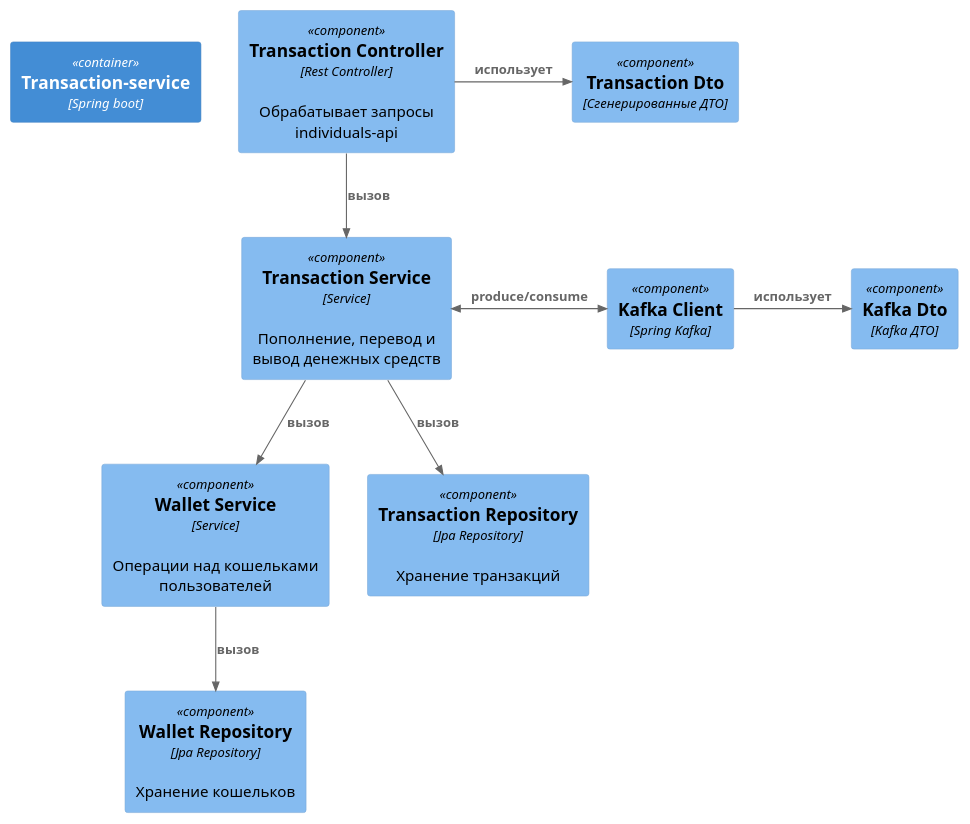
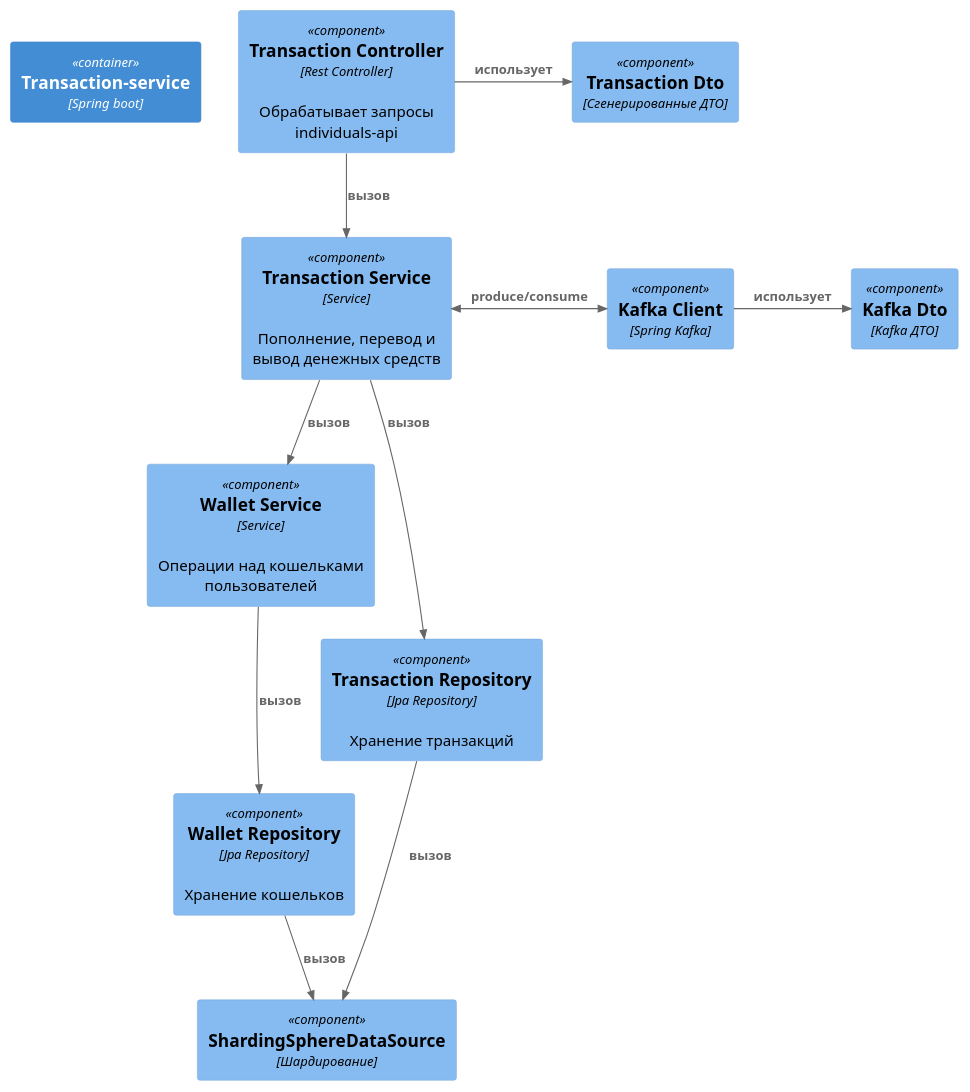
Before and after one commit to diamam90/payment-system: the diagram in diagram/transaction-service-component.puml, drawn with PlantUML. The commit also changed 5 other files, not shown here.

```diff
--- a/diagram/transaction-service-component.puml
+++ b/diagram/transaction-service-component.puml
@@ -1,30 +1,34 @@
 @startuml
 !includeurl https://raw.githubusercontent.com/plantuml-stdlib/C4-PlantUML/master/C4_Component.puml
 
 Container(ts,"Transaction-service","Spring boot")
 
 Component(tsController, "Transaction Controller", "Rest Controller", "Обрабатывает запросы individuals-api")
 Component(tsService,"Transaction Service","Service","Пополнение, перевод и  вывод денежных средств")
 Component(wService, "Wallet Service", "Service", "Операции над кошельками пользователей")
 Component(kafka,"Kafka Client","Spring Kafka")
 
 Component(tsRepo, "Transaction Repository","Jpa Repository", "Хранение транзакций")
 Component(wRepo, "Wallet Repository", "Jpa Repository","Хранение кошельков")
+Component(shard,"ShardingSphereDataSource","Шардирование")
 
 Component(tsDto, "Transaction Dto", "Сгенерированные ДТО")
 Component(kafkaDto, "Kafka Dto", "Kafka ДТО")
 
 Lay_R(ts, tsController)
+Lay_D(wRepo, shard)
 
 Rel(tsController, tsService, "вызов")
 Rel(tsService, wService, "вызов")
 
 Rel(wService, wRepo, "вызов")
 Rel(tsService, tsRepo, "вызов")
+Rel(wRepo,shard, "вызов")
+Rel(tsRepo,shard, "вызов")
 
 Rel_R(kafka, kafkaDto, "использует")
 Rel_R(tsController, tsDto, "использует")
 
 BiRel_R(tsService, kafka,"produce/consume")
 
 @enduml
```
